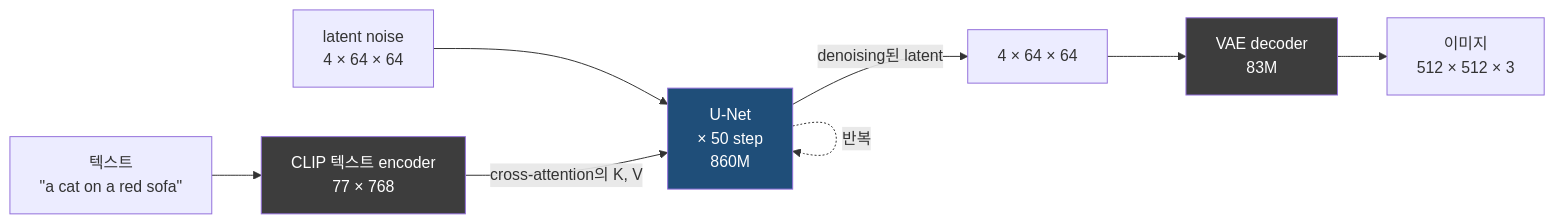
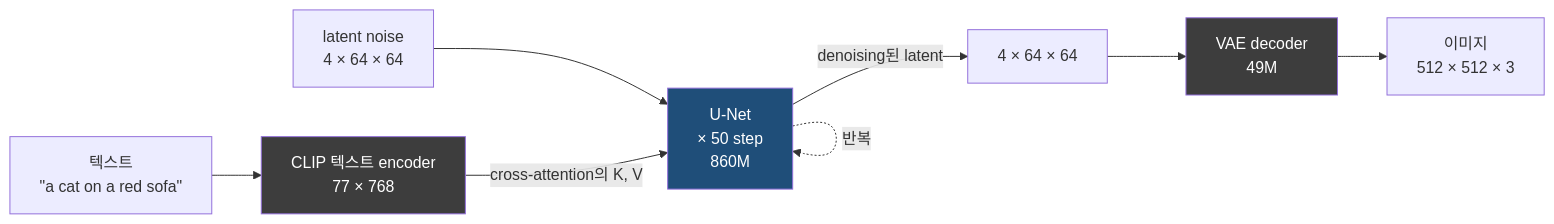
Before and after one commit to yuvjjang/aiml_studybook: the diagram in chapters/06_generative/07_latent_diffusion.qmd, drawn with Mermaid. The commit also changed other lines of this file, not shown here.

Commit message:
6.7: '실제 도구로' 절 추가 (SD VAE: 48배 압축과 복원, 같은 개수의 숫자로 bicubic 축소와 비교, 고주파 오차, latent 한 칸의 영향 범위) + VAE decoder parameter 수 정정(83M→49M)

````diff
--- a/chapters/06_generative/07_latent_diffusion.qmd
+++ b/chapters/06_generative/07_latent_diffusion.qmd
@@ -425,15 +425,15 @@
 ```{mermaid}
 %%| label: fig-sd-arch
 %%| fig-cap: "Stable Diffusion 1.5의 데이터 흐름 — 파란 U-Net만 학습, 나머지 둘은 동결"
 flowchart LR
   T["텍스트<br/>&quot;a cat on a red sofa&quot;"] --> CLIP["CLIP 텍스트 encoder<br/>77 × 768"]
   Z0["latent noise<br/>4 × 64 × 64"] --> UNET
   CLIP -->|cross-attention의 K, V| UNET["U-Net<br/>× 50 step<br/>860M"]
   UNET -->|"denoising된 latent"| ZT["4 × 64 × 64"]
-  ZT --> VAE["VAE decoder<br/>83M"]
+  ZT --> VAE["VAE decoder<br/>49M"]
   VAE --> IMG["이미지<br/>512 × 512 × 3"]
   UNET -.->|반복| UNET
   style CLIP fill:#3D3D3D,color:#fff
   style VAE fill:#3D3D3D,color:#fff
   style UNET fill:#1F4E79,color:#fff
 ```
````
